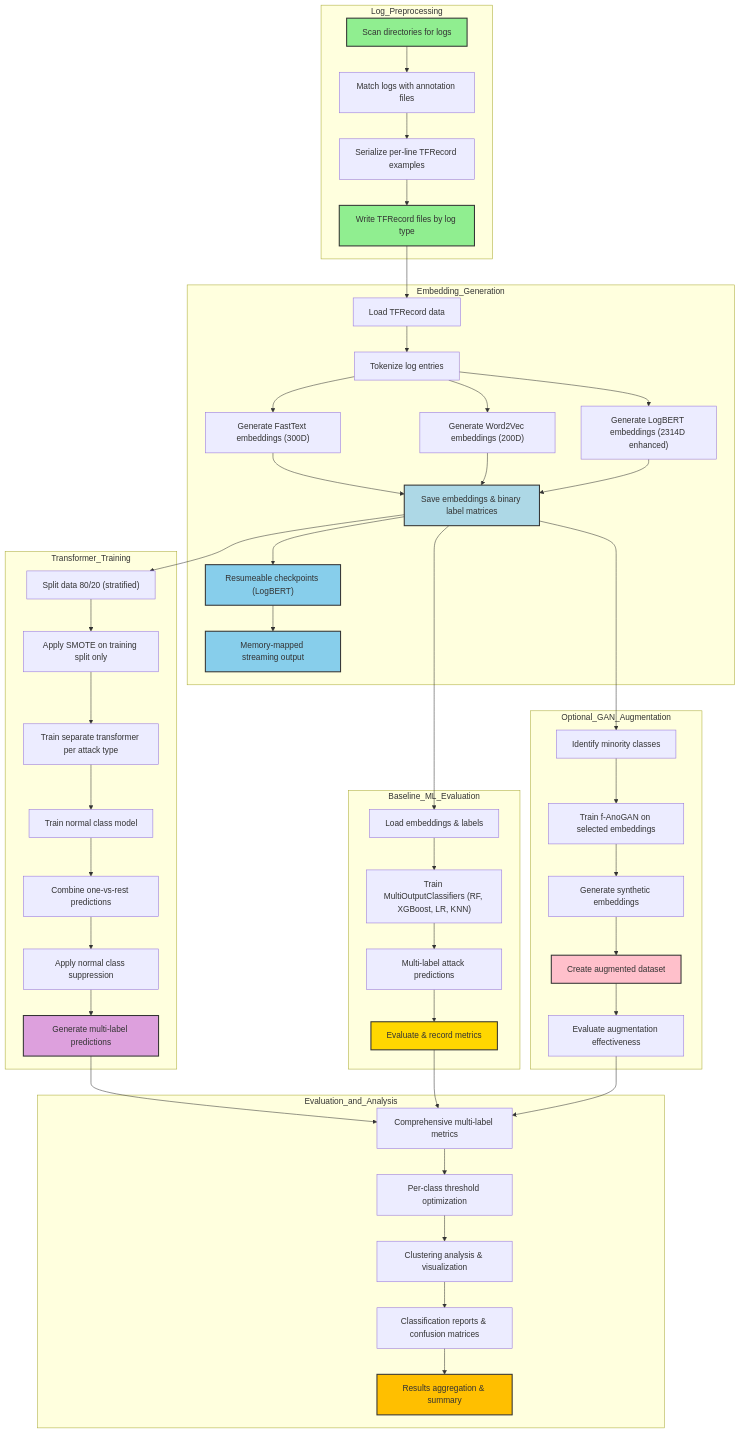
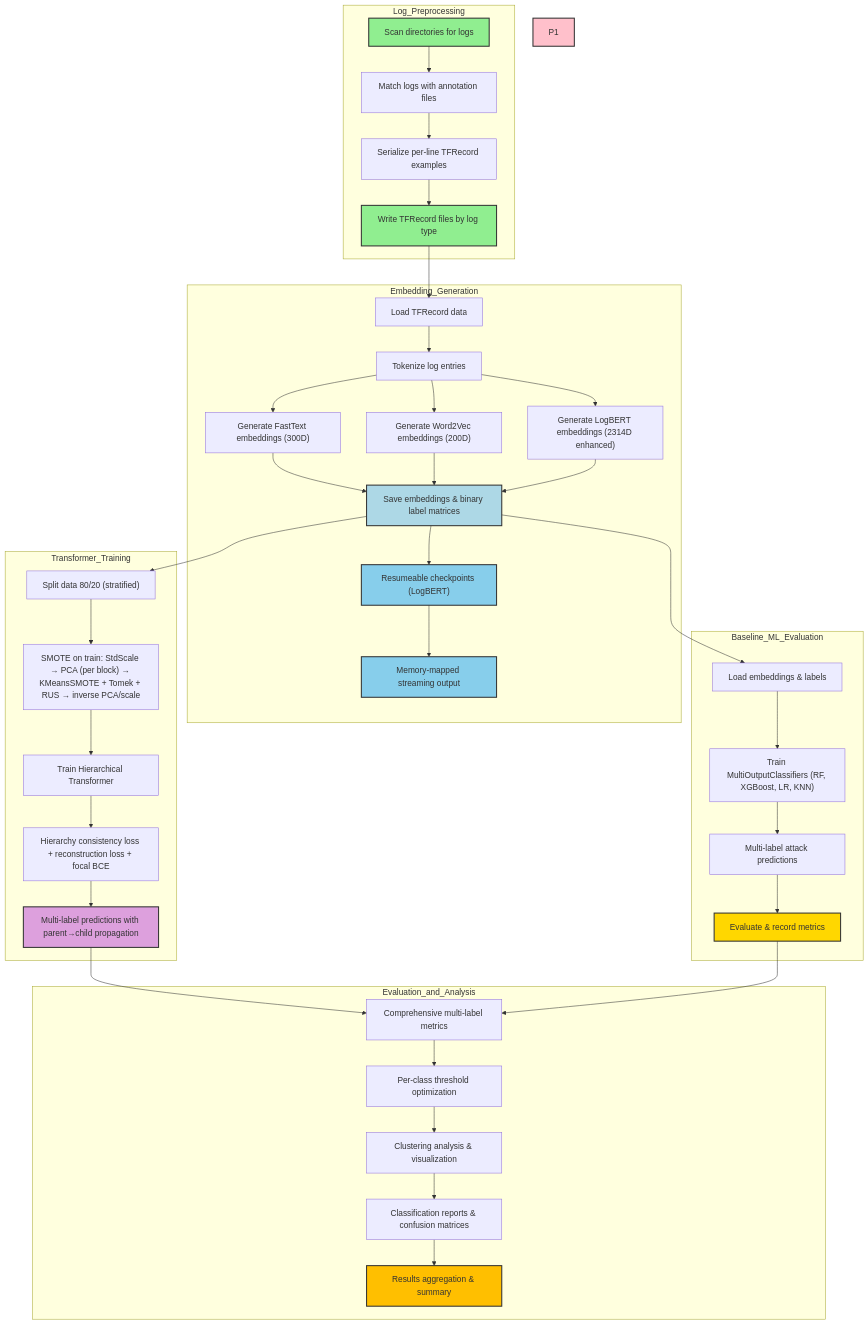
One commit to 365cent/LBAD changed the diagram in Readme.md. Above: the diagram before and after it, drawn with Mermaid. The commit also changed other lines of this file and 1 other file, not shown here.

Commit message:
feat: Revise transformer training process to implement a Hierarchical Transformer architecture, enhance SMOTE implementation with advanced techniques, and optimize data loading for improved performance and memory efficiency

````diff
--- a/Readme.md
+++ b/Readme.md
@@ -16,67 +16,56 @@
 ```mermaid
 flowchart TD
     subgraph Log_Preprocessing
         A["Scan directories for logs"] --> B["Match logs with annotation files"]
         B --> C["Serialize per-line TFRecord examples"]
         C --> D["Write TFRecord files by log type"]
     end
 
     subgraph Embedding_Generation
         D --> E1["Load TFRecord data"]
         E1 --> F1["Tokenize log entries"]
         F1 --> G1["Generate FastText embeddings (300D)"]
         F1 --> G2["Generate Word2Vec embeddings (200D)"]
         F1 --> G3["Generate LogBERT embeddings (2314D enhanced)"]
         G1 --> H1["Save embeddings & binary label matrices"]
         G2 --> H1
         G3 --> H1
         H1 --> H2["Resumeable checkpoints (LogBERT)"]
         H2 --> H3["Memory-mapped streaming output"]
     end
 
     subgraph Transformer_Training
         H1 --> V1["Split data 80/20 (stratified)"]
-        V1 --> V2["Apply SMOTE on training split only"]
-        V2 --> V3["Train separate transformer per attack type"]
-        V3 --> V4["Train normal class model"]
-        V4 --> X1["Combine one-vs-rest predictions"]
-        X1 --> X2["Apply normal class suppression"]
-        X2 --> Y1["Generate multi-label predictions"]
+        V1 --> V2["SMOTE on train: StdScale → PCA (per block) → KMeansSMOTE + Tomek + RUS → inverse PCA/scale"]
+        V2 --> V3["Train Hierarchical Transformer"]
+        V3 --> V4["Hierarchy consistency loss + reconstruction loss + focal BCE"]
+        V4 --> Y1["Multi-label predictions with parent→child propagation"]
     end
 
     subgraph Baseline_ML_Evaluation
         H1 --> I1["Load embeddings & labels"]
         I1 --> J1["Train MultiOutputClassifiers (RF, XGBoost, LR, KNN)"]
         J1 --> K1["Multi-label attack predictions"]
         K1 --> L1["Evaluate & record metrics"]
     end
 
-    subgraph Optional_GAN_Augmentation
-        H1 --> M1["Identify minority classes"]
-        M1 --> N1["Train f-AnoGAN on selected embeddings"]
-        N1 --> O1["Generate synthetic embeddings"]
-        O1 --> P1["Create augmented dataset"]
-        P1 --> R1["Evaluate augmentation effectiveness"]
-    end
-
     subgraph Evaluation_and_Analysis
         Y1 --> S1["Comprehensive multi-label metrics"]
         L1 --> S1
-        R1 --> S1
         S1 --> T1["Per-class threshold optimization"]
         T1 --> U1["Clustering analysis & visualization"]
         U1 --> U2["Classification reports & confusion matrices"]
         U2 --> U3["Results aggregation & summary"]
     end
 
     %% Styling
     style A fill:#90EE90,stroke:#333,stroke-width:2px
     style D fill:#90EE90,stroke:#333,stroke-width:2px
     style H1 fill:#ADD8E6,stroke:#333,stroke-width:2px
     style H2 fill:#87CEEB,stroke:#333,stroke-width:2px
     style H3 fill:#87CEEB,stroke:#333,stroke-width:2px
     style Y1 fill:#DDA0DD,stroke:#333,stroke-width:2px
     style L1 fill:#FFD700,stroke:#333,stroke-width:2px
     style P1 fill:#FFC0CB,stroke:#333,stroke-width:2px
     style U3 fill:#FFBF00,stroke:#333,stroke-width:2px
 ```
````
